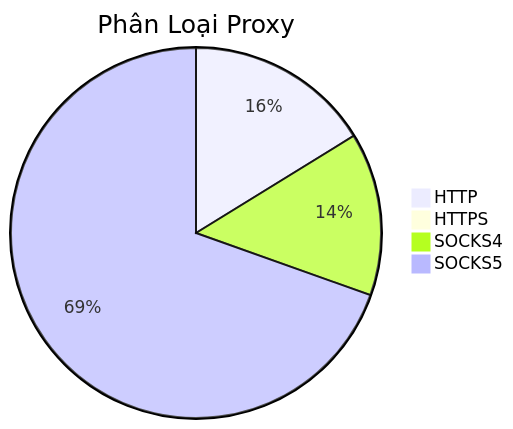
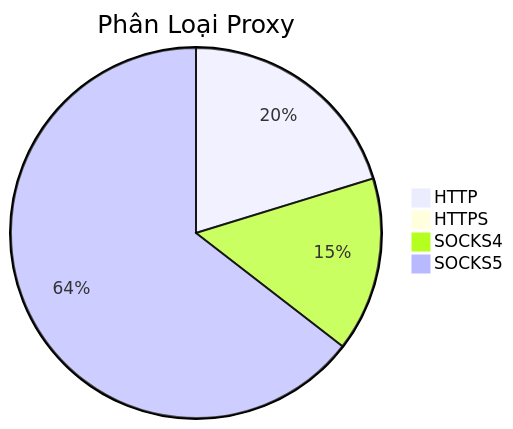
One commit to Ciara-Aa/PROXY-free changed the diagram in README.md. Above: the diagram before and after it, drawn with Mermaid. The commit also changed other lines of this file and 4 other files, not shown here.

````diff
--- a/README.md
+++ b/README.md
@@ -26,7 +26,7 @@
 ```mermaid
 pie title Phân Loại Proxy
-    "HTTP" : 443
-    "HTTPS" : 3
-    "SOCKS4" : 389
-    "SOCKS5" : 1901
+    "HTTP" : 387
+    "HTTPS" : 2
+    "SOCKS4" : 291
+    "SOCKS5" : 1233
 ```
````
